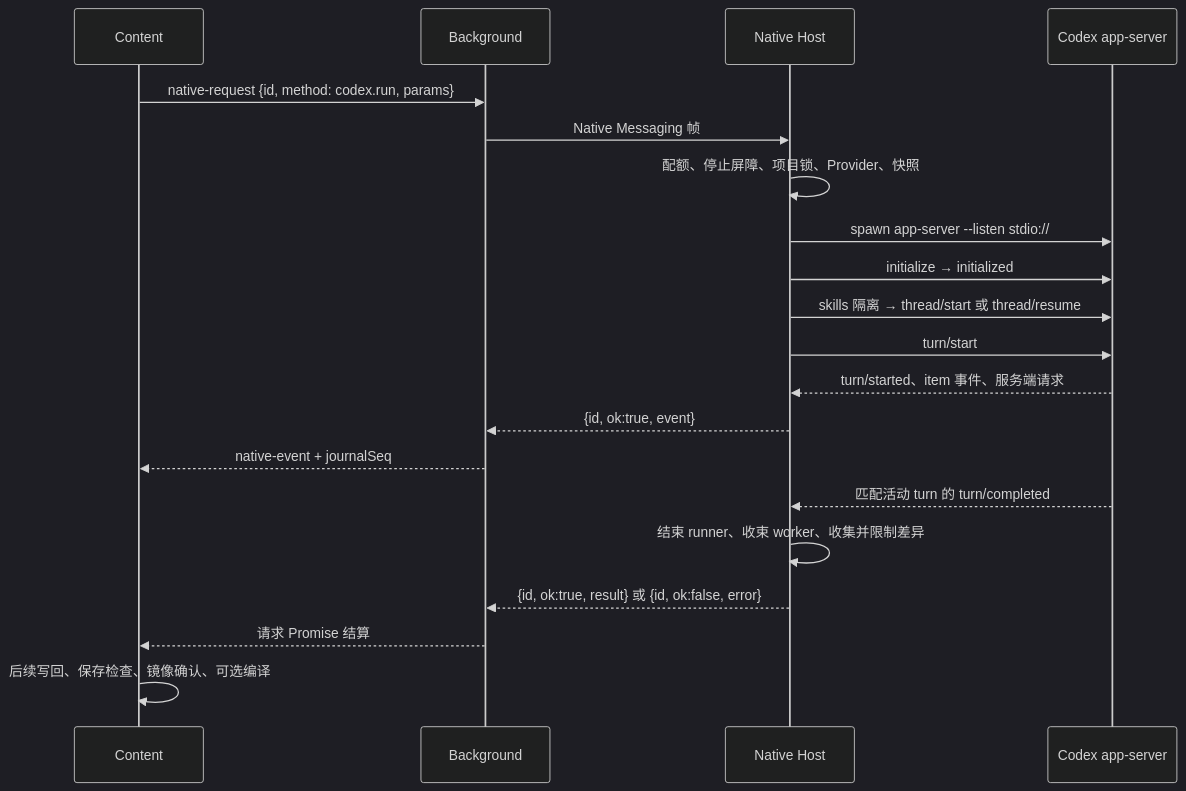
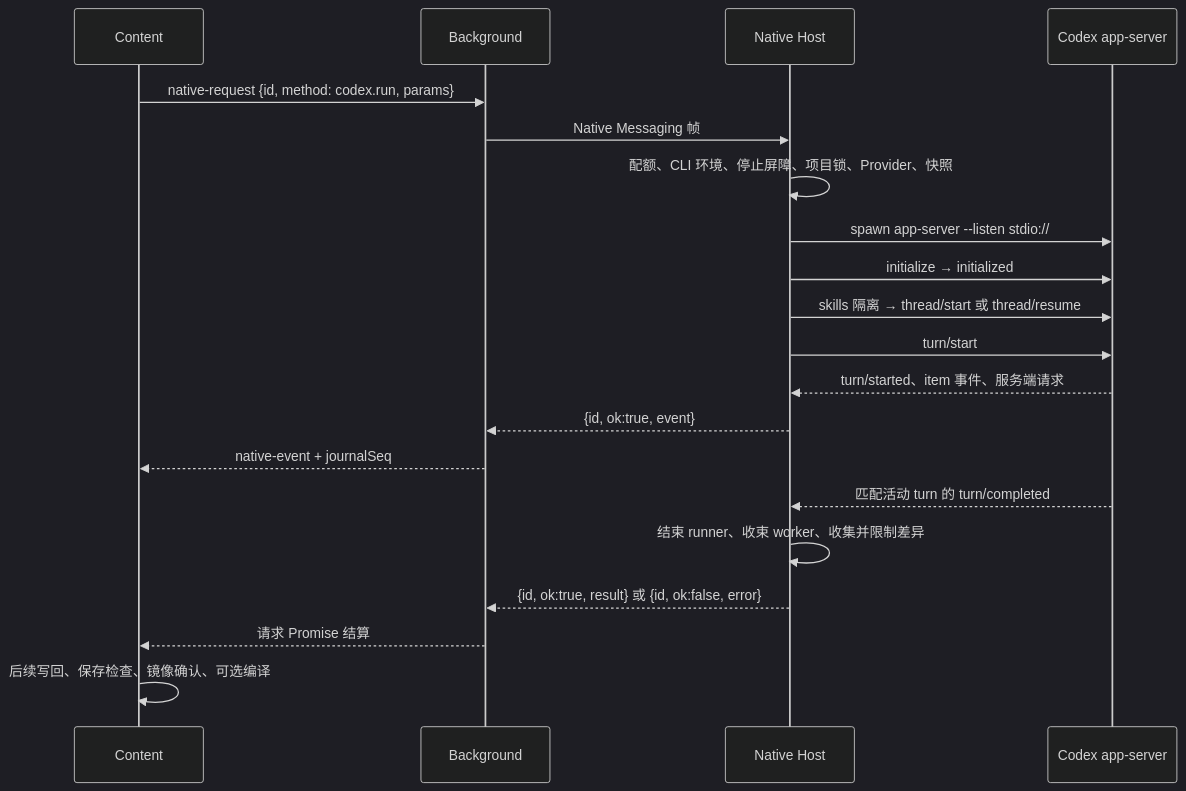
Before and after one commit to Ghqqqq/codex-overleaf-link: the diagram in docs/architecture/native-execution.md, drawn with Mermaid (dark theme). The commit also changed other lines of this file and 16 other files, not shown here.

Commit message:
docs: verify architecture chapters against production call paths

````diff
--- a/docs/architecture/native-execution.md
+++ b/docs/architecture/native-execution.md
@@ -27,22 +35,22 @@
 ```mermaid
 sequenceDiagram
     participant C as Content
     participant B as Background
     participant N as Native Host
     participant A as Codex app-server
     C->>B: native-request {id, method: codex.run, params}
     B->>N: Native Messaging 帧
-    N->>N: 配额、停止屏障、项目锁、Provider、快照
+    N->>N: 配额、CLI 环境、停止屏障、项目锁、Provider、快照
     N->>A: spawn app-server --listen stdio://
     N->>A: initialize → initialized
     N->>A: skills 隔离 → thread/start 或 thread/resume
     N->>A: turn/start
     A-->>N: turn/started、item 事件、服务端请求
     N-->>B: {id, ok:true, event}
     B-->>C: native-event + journalSeq
     A-->>N: 匹配活动 turn 的 turn/completed
     N->>N: 结束 runner、收束 worker、收集并限制差异
     N-->>B: {id, ok:true, result} 或 {id, ok:false, error}
     B-->>C: 请求 Promise 结算
     C->>C: 后续写回、保存检查、镜像确认、可选编译
 ```
````
